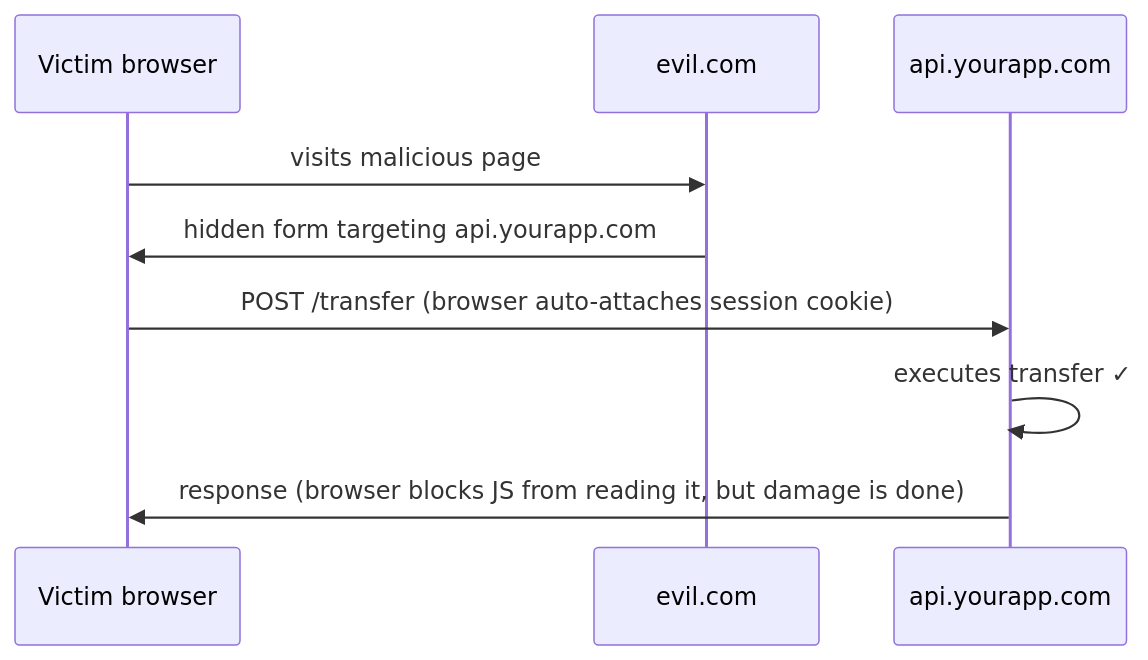
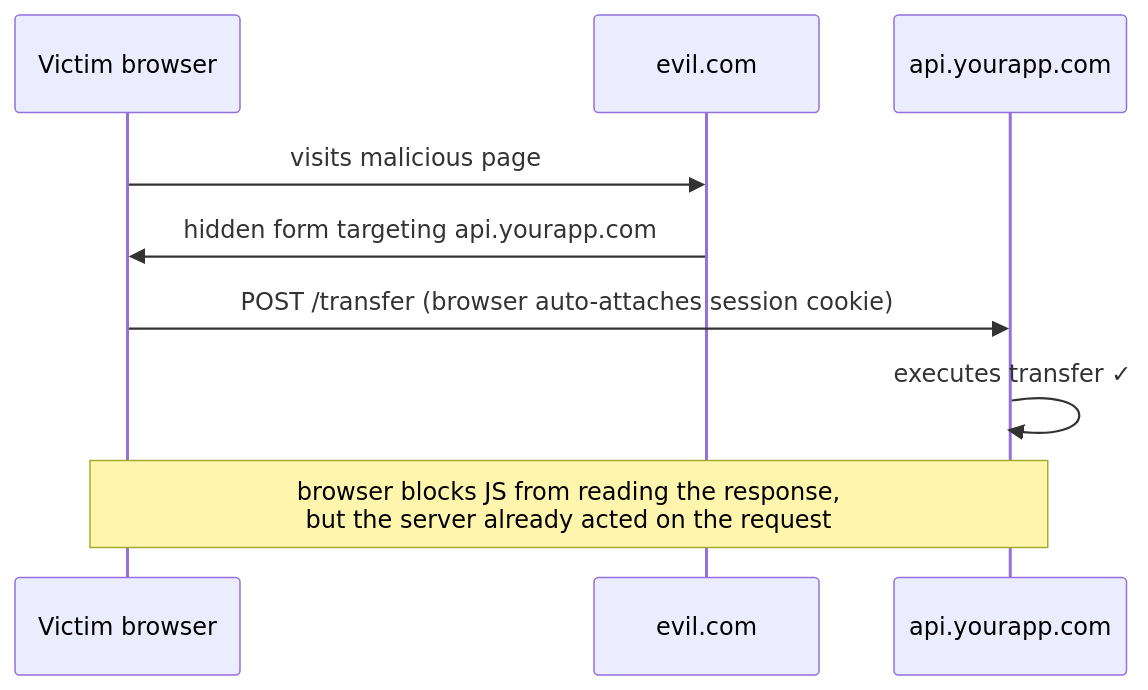
The second of 6 diagrams in README.md (tkachenko0/article-the-browser-that-knew-too-much), drawn with Mermaid before and after one commit. The commit also changed other lines of this file, not shown here.

````diff
--- a/README.md
+++ b/README.md
@@ -65,12 +56,12 @@
 ```mermaid
 sequenceDiagram
     participant V as Victim browser
     participant E as evil.com
     participant A as api.yourapp.com
 
     V->>E: visits malicious page
     E->>V: hidden form targeting api.yourapp.com
     V->>A: POST /transfer (browser auto-attaches session cookie)
     A->>A: executes transfer ✓
-    A->>V: response (browser blocks JS from reading it, but damage is done)
+    Note over A,V: browser blocks JS from reading the response,<br/>but the server already acted on the request
 ```
````
